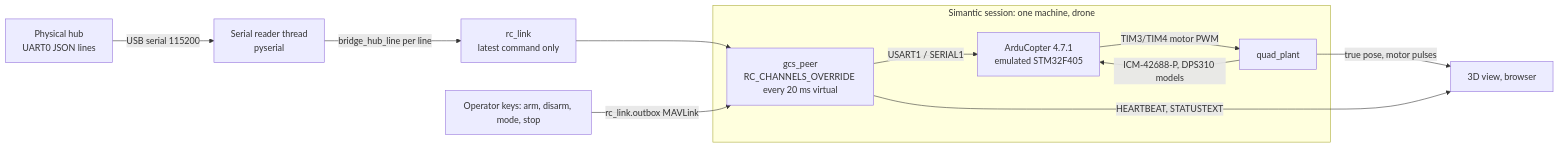
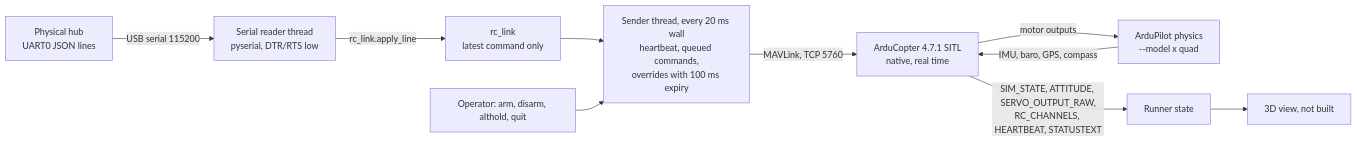
One commit to Samiurr10/gesture-controlled-drone changed the diagram in docs/demo.md. Above: the diagram before and after it, drawn with Mermaid. The commit also changed other lines of this file and 8 other files, not shown here.

````diff
--- a/docs/demo.md
+++ b/docs/demo.md
@@ -103,14 +89,12 @@
 ```mermaid
 flowchart LR
-    HUB[Physical hub<br/>UART0 JSON lines] -->|USB serial 115200| RD[Serial reader thread<br/>pyserial]
-    RD -->|bridge_hub_line per line| RC[rc_link<br/>latest command only]
-    subgraph SIM[Simantic session: one machine, drone]
-        GCS[gcs_peer<br/>RC_CHANNELS_OVERRIDE every 20 ms virtual] -->|USART1 / SERIAL1| FC[ArduCopter 4.7.1<br/>emulated STM32F405]
-        FC -->|TIM3/TIM4 motor PWM| PL[quad_plant]
-        PL -->|ICM-42688-P, DPS310 models| FC
-    end
-    RC --> GCS
-    PL -->|true pose, motor pulses| VIEW[3D view, browser]
-    GCS -->|HEARTBEAT, STATUSTEXT| VIEW
-    OP[Operator keys: arm, disarm, mode, stop] -->|rc_link.outbox MAVLink| GCS
+    HUB[Physical hub<br/>UART0 JSON lines] -->|USB serial 115200| RD[Serial reader thread<br/>pyserial, DTR/RTS low]
+    RD -->|rc_link.apply_line| RC[rc_link<br/>latest command only]
+    RC --> TX[Sender thread, every 20 ms wall<br/>heartbeat, queued commands,<br/>overrides with 100 ms expiry]
+    OP[Operator: arm, disarm, althold, quit] --> TX
+    TX -->|MAVLink, TCP 5760| AP[ArduCopter 4.7.1 SITL<br/>native, real time]
+    AP -->|motor outputs| PH[ArduPilot physics<br/>--model x quad]
+    PH -->|IMU, baro, GPS, compass| AP
+    AP -->|SIM_STATE, ATTITUDE, SERVO_OUTPUT_RAW,<br/>RC_CHANNELS, HEARTBEAT, STATUSTEXT| ST[Runner state]
+    ST --> VIEW[3D view, not built]
 ```
````
